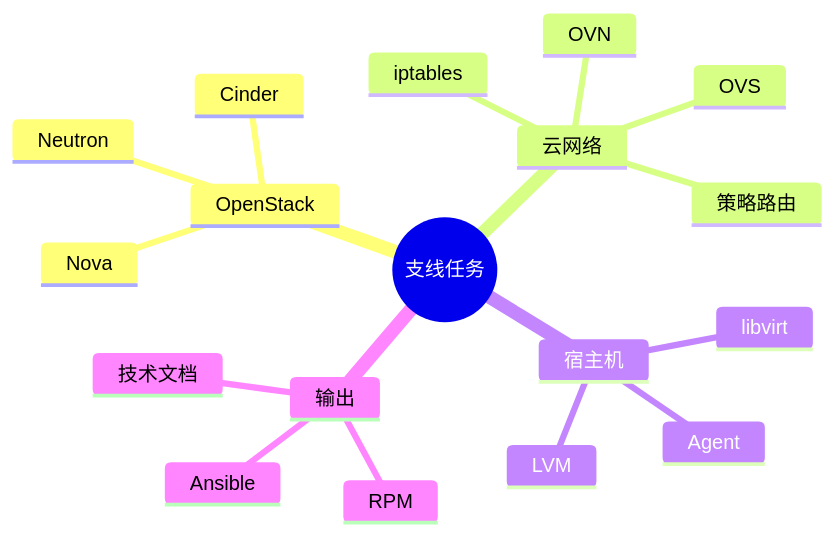
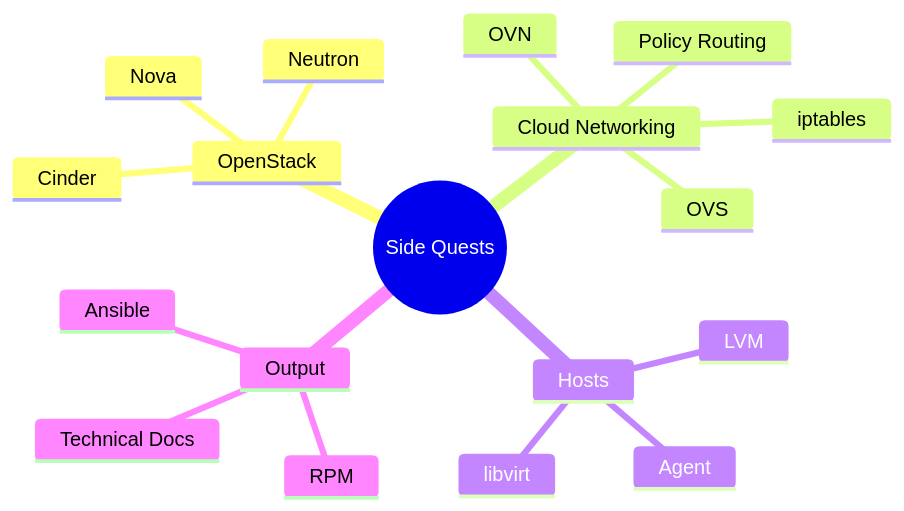
The second of 2 diagrams in README.md (wangkuntian/wangkuntian), drawn with Mermaid before and after one commit. The commit also changed other lines of this file and 5 other files, not shown here.

````diff
--- a/README.md
+++ b/README.md
@@ -116,21 +120,21 @@
 ```mermaid
 mindmap
-  root((支线任务))
+  root((Side Quests))
     OpenStack
       Neutron
       Nova
       Cinder
-    云网络
+    Cloud Networking
       OVS
       OVN
       iptables
-      策略路由
-    宿主机
+      Policy Routing
+    Hosts
       Agent
       LVM
       libvirt
-    输出
+    Output
       RPM
       Ansible
-      技术文档
+      Technical Docs
 ```
````
